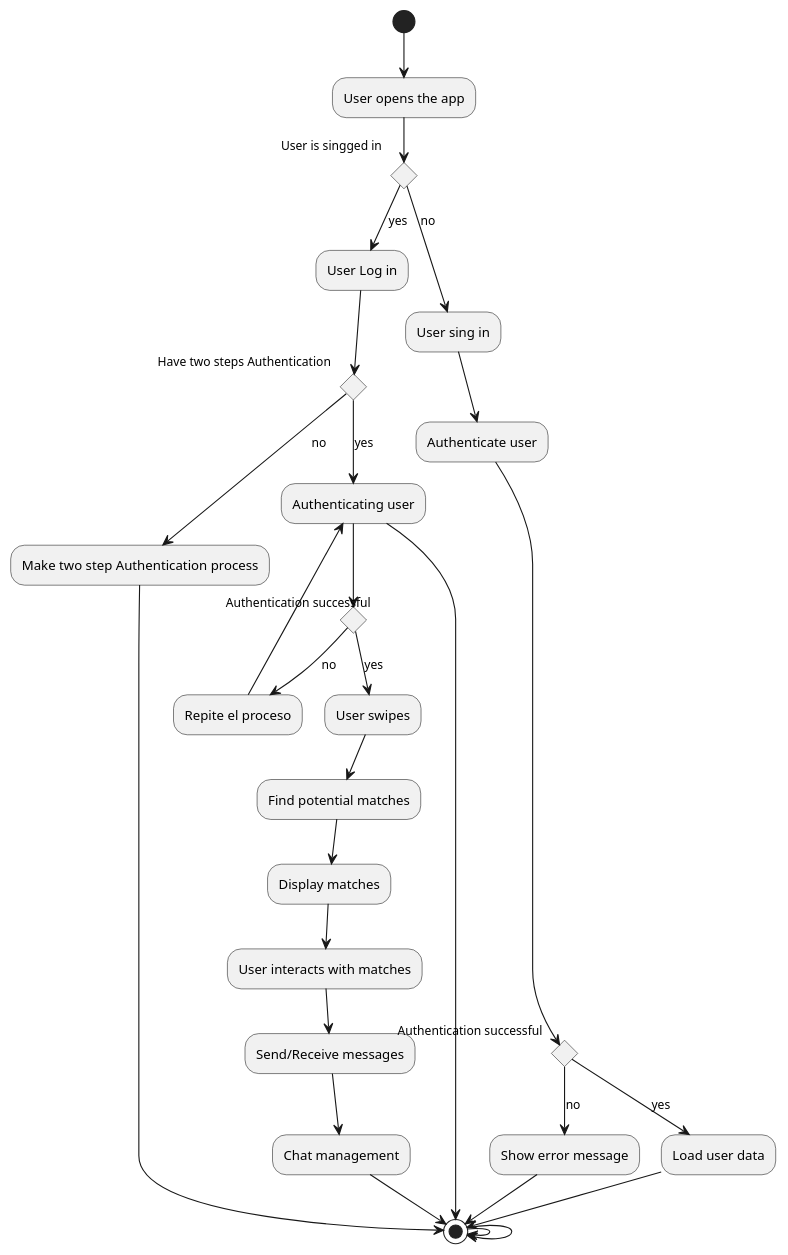
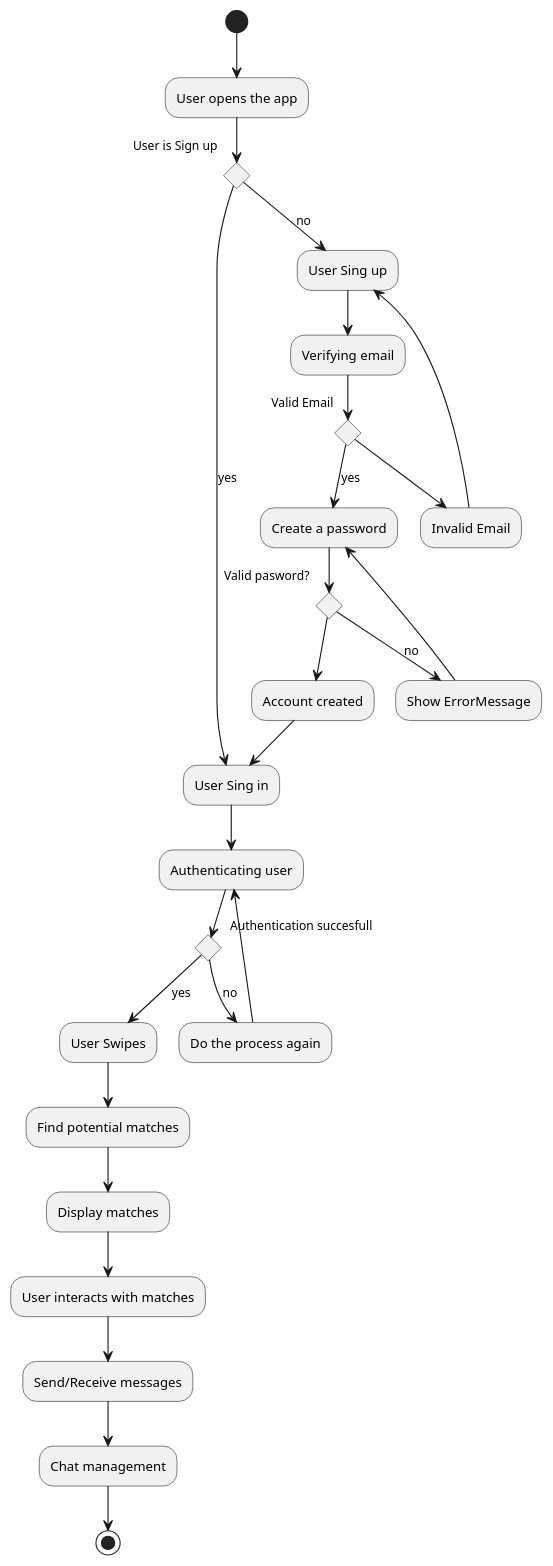
Before and after one commit to JuanSevedz/UDinder: the diagram in Docs/activity_diagram/activities_diagram.plantuml, drawn with PlantUML. The commit also changed other lines of this file and 4 other files, not shown here.

Commit message:
Activity_diagram_Changes

```diff
--- a/Docs/activity_diagram/activities_diagram.plantuml
+++ b/Docs/activity_diagram/activities_diagram.plantuml
@@ -1,43 +2,43 @@
 @startuml user_1
 
 (*) --> "User opens the app"
 
-if "User is singged in" then
-  -->[yes] "User Log in"
-  --> if "Have two steps Authentication"
-    -->[yes] "Authenticating user"
-    --> if "Authentication successful" then
-        -->[yes] "User swipes"
-        --> "Find potential matches"
-        --> "Display matches"
-        --> "User interacts with matches"
-        --> "Send/Receive messages"
-        --> "Chat management"
-        --> (*)
-        --> (*)
-        else
-            -->[no] "Repite el proceso"
-            --> "Authenticating user"
-    endif
-        -->(*)
-        -->(*)
+if "User is Sign up" then
+    -->[yes]"User Sing in"
+    -->"Authenticating user"
+    if "Authentication succesfull"
+    -->[yes]"User Swipes"
+    --> "Find potential matches"
+    --> "Display matches"
+    --> "User interacts with matches"
+    --> "Send/Receive messages"
+    --> "Chat management"
+    --> (*)
         
     else
-        -->[no]"Make two step Authentication process"
-        -->(*)
-  endif  
-    
-  
+        -->[no] "Do the process again"
+        --> "Authenticating user"
+
+    endif        
+   
+   
 else
-  -->[no] "User sing in"
-  --> "Authenticate user"
-  --> if "Authentication successful" then
-    -->[yes] "Load user data"
-    --> (*)
-  else
-    -->[no] "Show error message"
-    --> (*)
-  endif
+    -->[no]"User Sing up"
+    -->"Verifying email"
+    if "Valid Email" then
+        -->[yes]"Create a password"
+        if "Valid pasword?" then
+        -->"Account created"
+        -->"User Sing in"
+        
+      else
+      -->[no]"Show ErrorMessage"
+      -->"Create a password"        
+      endif
+    else
+        -->"Invalid Email"
+        -->"User Sing up"
+    endif
 endif
 
 @enduml
```
